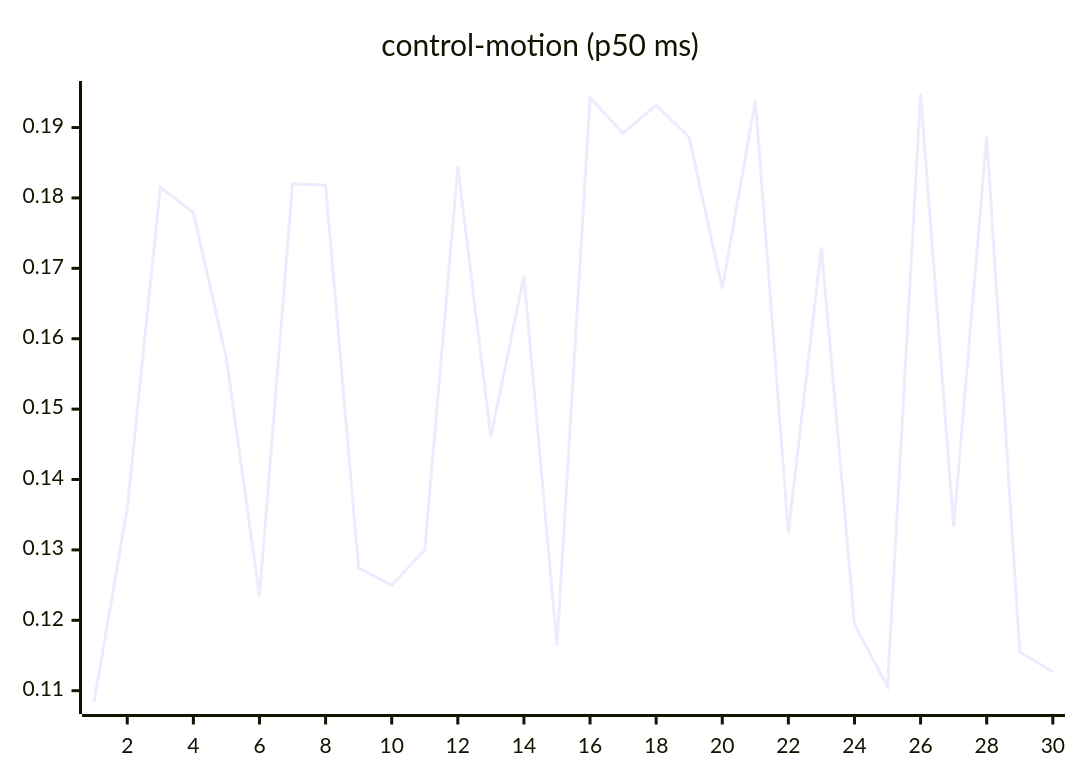
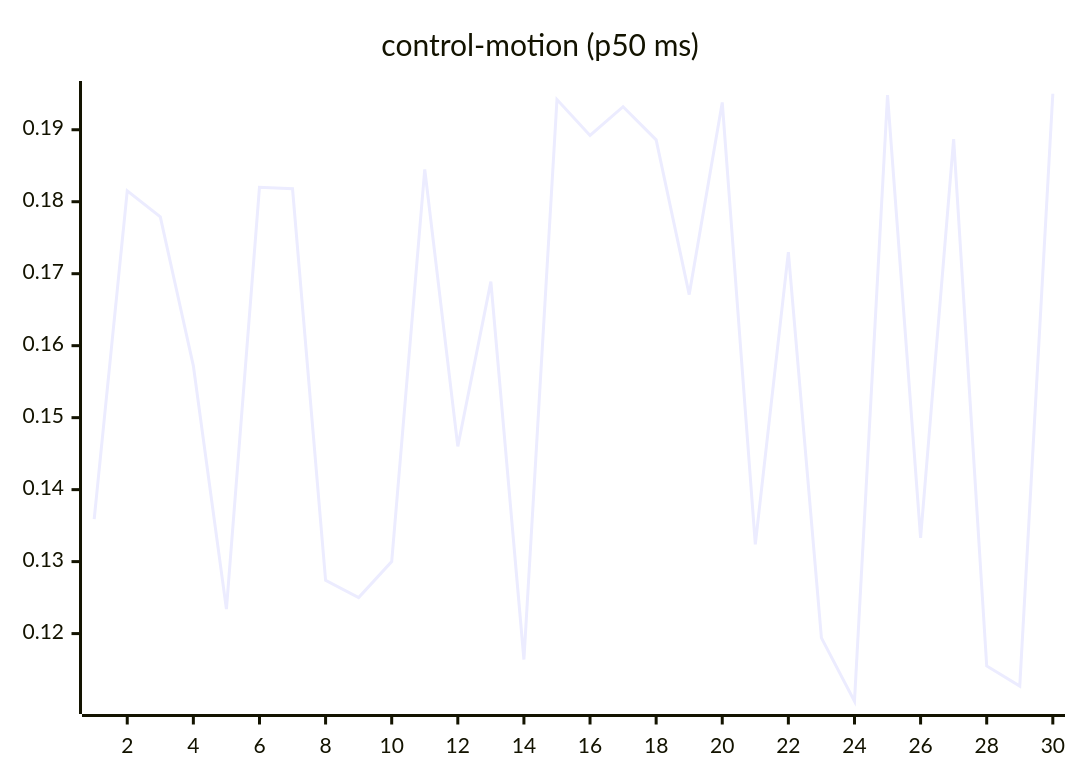
One commit to josha/Facet changed the seventh of 27 diagrams in README.md. Above: the diagram before and after it, drawn with Mermaid. The commit also changed other lines of this file and 2 other files, not shown here.

````diff
--- a/README.md
+++ b/README.md
@@ -105,6 +105,6 @@
 ```mermaid
 xychart-beta
     title "control-motion (p50 ms)"
     x-axis 1 --> 30
-    line [0.1085, 0.1359, 0.1815, 0.1779, 0.1572, 0.1234, 0.1820, 0.1818, 0.1274, 0.1250, 0.1300, 0.1845, 0.1460, 0.1689, 0.1164, 0.1942, 0.1892, 0.1932, 0.1886, 0.1671, 0.1938, 0.1324, 0.1730, 0.1194, 0.1106, 0.1948, 0.1333, 0.1887, 0.1155, 0.1127]
+    line [0.1359, 0.1815, 0.1779, 0.1572, 0.1234, 0.1820, 0.1818, 0.1274, 0.1250, 0.1300, 0.1845, 0.1460, 0.1689, 0.1164, 0.1942, 0.1892, 0.1932, 0.1886, 0.1671, 0.1938, 0.1324, 0.1730, 0.1194, 0.1106, 0.1948, 0.1333, 0.1887, 0.1155, 0.1127, 0.1950]
 ```
````
